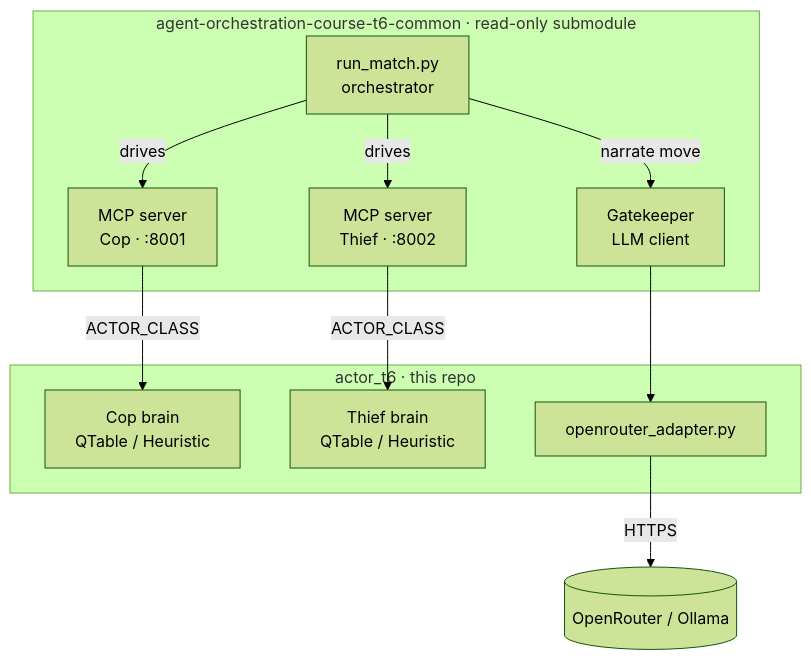
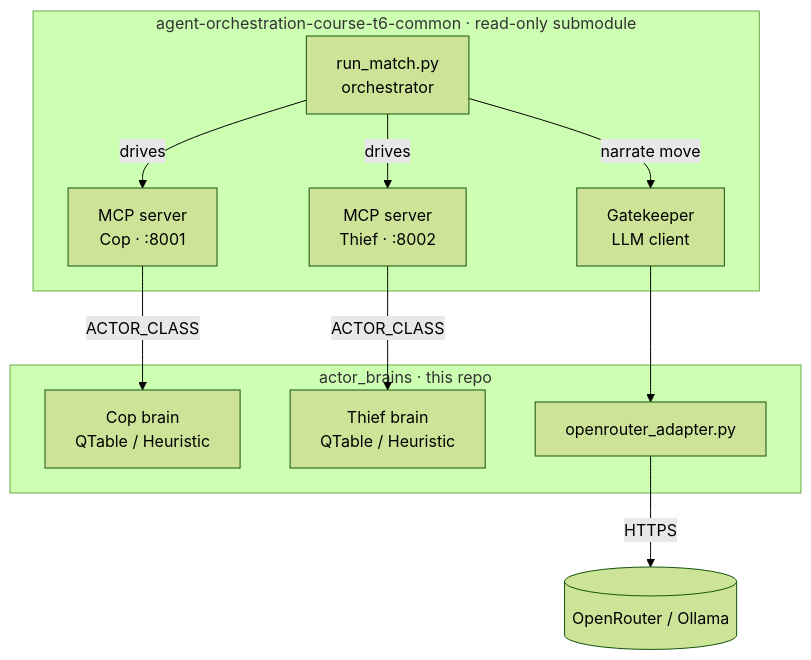
One commit to evya1/AI-actor-game changed the first of 5 diagrams in README.md. Above: the diagram before and after it, drawn with Mermaid (forest theme). The commit also changed other lines of this file and 42 other files, not shown here.

````diff
--- a/README.md
+++ b/README.md
@@ -47,21 +61,21 @@
 ```mermaid
 flowchart TB
     subgraph sub["agent-orchestration-course-t6-common  ·  read-only submodule"]
         orch["run_match.py<br/>orchestrator"]
         cop_srv["MCP server<br/>Cop · :8001"]
         thief_srv["MCP server<br/>Thief · :8002"]
         gk["Gatekeeper<br/>LLM client"]
     end
-    subgraph ours["actor_t6  ·  this repo"]
+    subgraph ours["actor_brains  ·  this repo"]
         cop_actor["Cop brain<br/>QTable / Heuristic"]
         thief_actor["Thief brain<br/>QTable / Heuristic"]
         adapter["openrouter_adapter.py"]
     end
     orch -->|drives| cop_srv
     orch -->|drives| thief_srv
     cop_srv -->|ACTOR_CLASS| cop_actor
     thief_srv -->|ACTOR_CLASS| thief_actor
     orch -->|narrate move| gk
     gk --> adapter
     adapter -->|HTTPS| ext[("OpenRouter / Ollama")]
 ```
````
